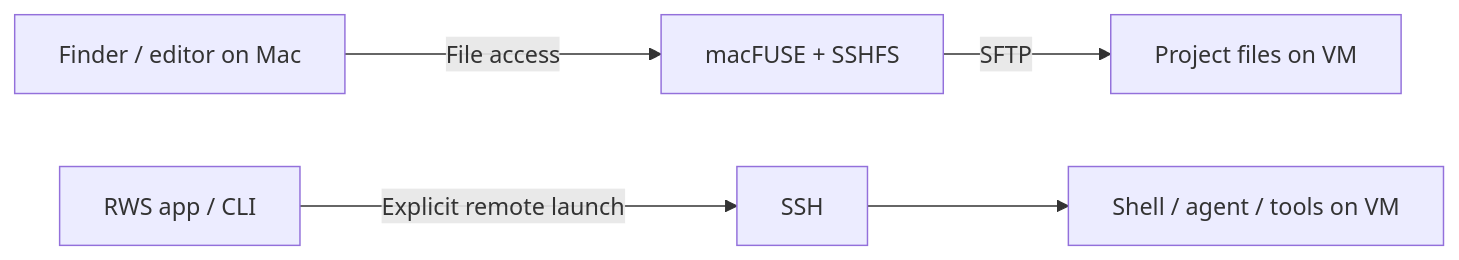
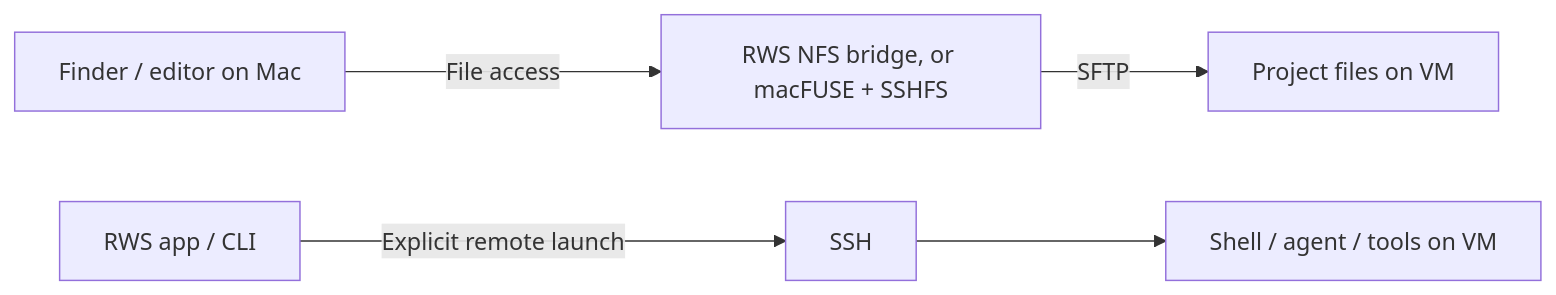
One commit to ssime-git/RWS changed the diagram in README.md. Above: the diagram before and after it, drawn with Mermaid. The commit also changed other lines of this file and 3 other files, not shown here.

Commit message:
Document the NFS bridge backend and its validation

````diff
--- a/README.md
+++ b/README.md
@@ -31,7 +32,7 @@
 ```mermaid
 flowchart LR
-    Finder["Finder / editor on Mac"] -->|"File access"| Mount["macFUSE + SSHFS"]
+    Finder["Finder / editor on Mac"] -->|"File access"| Mount["RWS NFS bridge, or macFUSE + SSHFS"]
     Mount -->|"SFTP"| Files["Project files on VM"]
     App["RWS app / CLI"] -->|"Explicit remote launch"| SSH["SSH"]
     SSH --> Agent["Shell / agent / tools on VM"]
 ```
````
